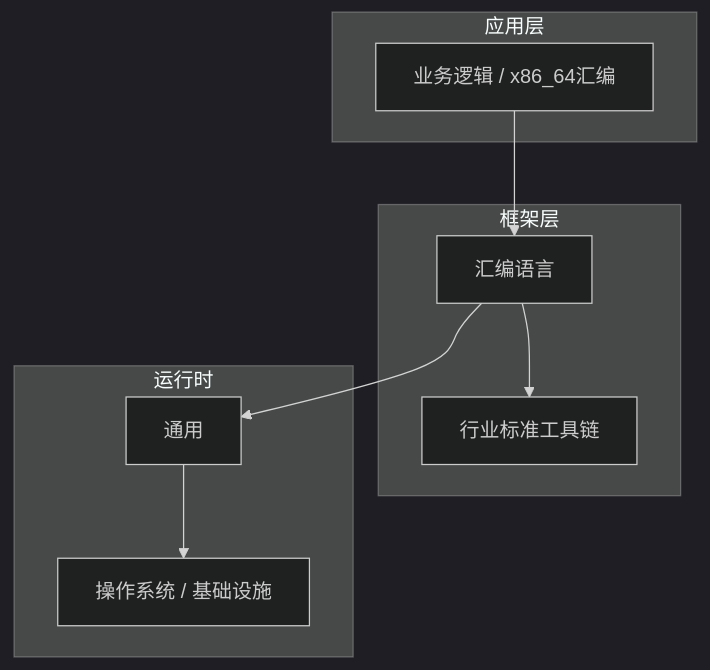
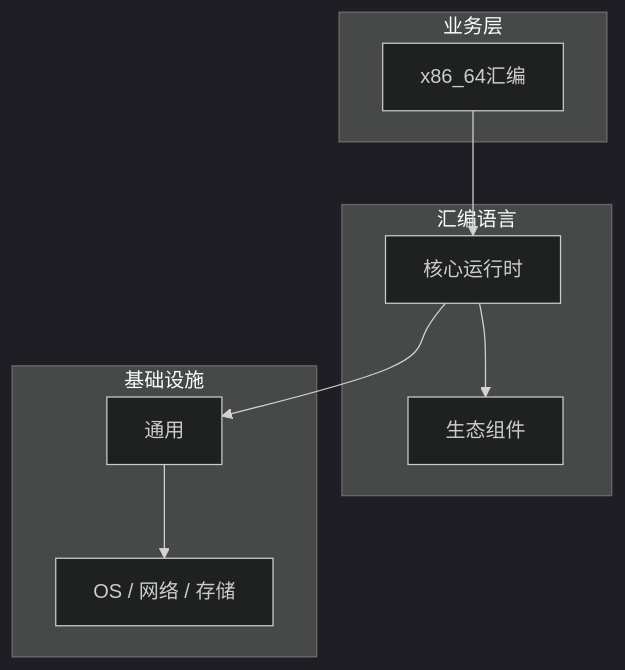
The diagram in articles/汇编语言/chapters/057-x86_64汇编核心概念与原理.md (yanggan2015/knowledge-json-v2), drawn with Mermaid (dark theme) before and after one commit. The commit also changed other lines of this file and 10127 other files, not shown here.

````diff
--- a/articles/汇编语言/chapters/057-x86_64汇编核心概念与原理.md
+++ b/articles/汇编语言/chapters/057-x86_64汇编核心概念与原理.md
@@ -45,18 +34,18 @@
 ```mermaid
 graph TB
-    subgraph 应用层
-        A[业务逻辑 / x86_64汇编]
+    subgraph 业务层
+        A[x86_64汇编]
     end
-    subgraph 框架层
-        B[汇编语言]
-        C[行业标准工具链]
+    subgraph 汇编语言
+        B[核心运行时]
+        C[生态组件]
     end
-    subgraph 运行时
+    subgraph 基础设施
         D[通用]
-        E[操作系统 / 基础设施]
+        E[OS / 网络 / 存储]
     end
     A --> B
     B --> C
     B --> D
     D --> E
 ```
````
